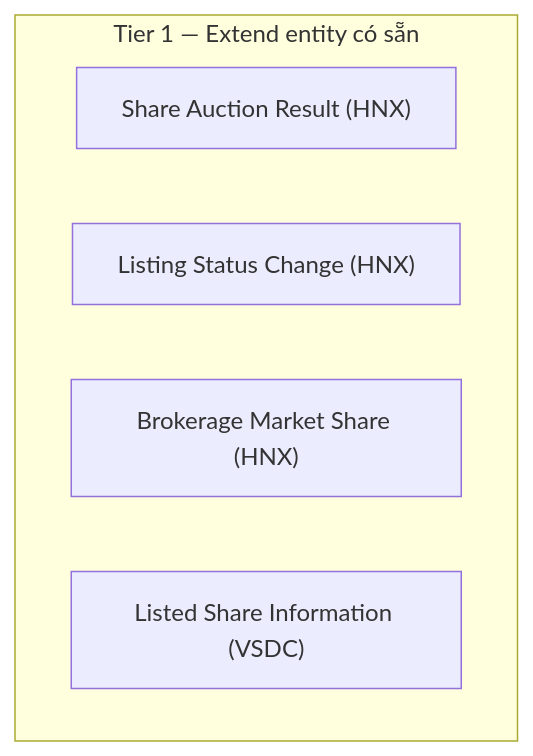
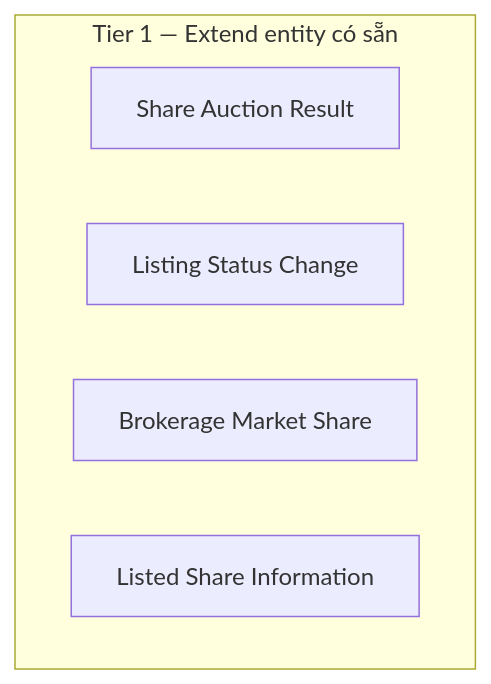
One commit to linhlvit/ubck_atomic_design changed the first of 2 diagrams in DataModel/working/Atomic/hld/HOSE_HLD_Overview.md. Above: the diagram before and after it, drawn with Mermaid. The commit also changed other lines of this file and 351 other files, not shown here.

````diff
--- a/DataModel/working/Atomic/hld/HOSE_HLD_Overview.md
+++ b/DataModel/working/Atomic/hld/HOSE_HLD_Overview.md
@@ -24,9 +24,9 @@
 ```mermaid
 graph TD
     subgraph T1["Tier 1 — Extend entity có sẵn"]
-        E1["Share Auction Result (HNX)"]
-        E2["Listing Status Change (HNX)"]
-        E3["Brokerage Market Share (HNX)"]
-        E4["Listed Share Information (VSDC)"]
+        E1["Share Auction Result"]
+        E2["Listing Status Change"]
+        E3["Brokerage Market Share"]
+        E4["Listed Share Information"]
     end
 ```
````
